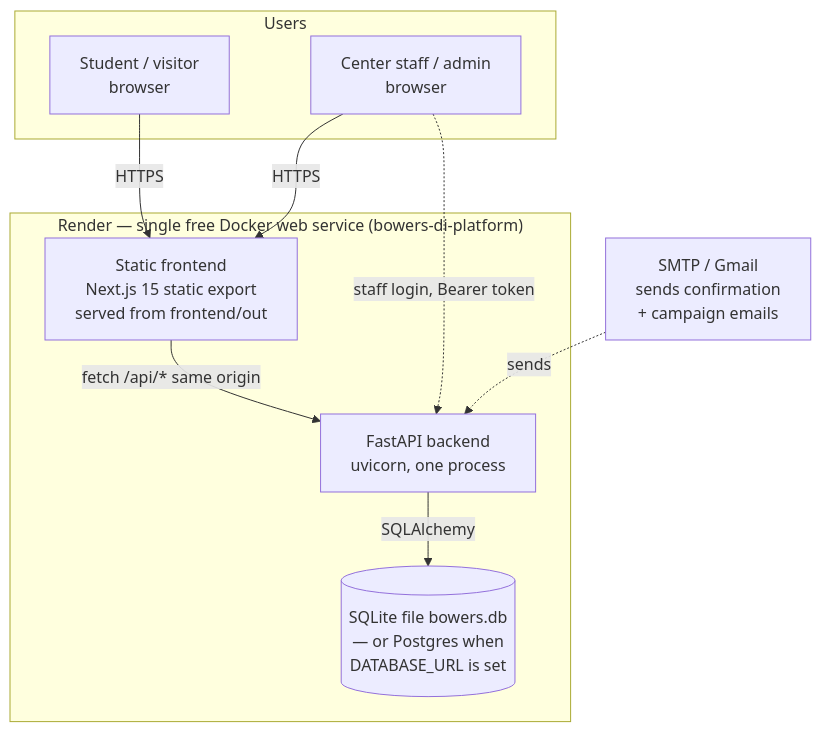
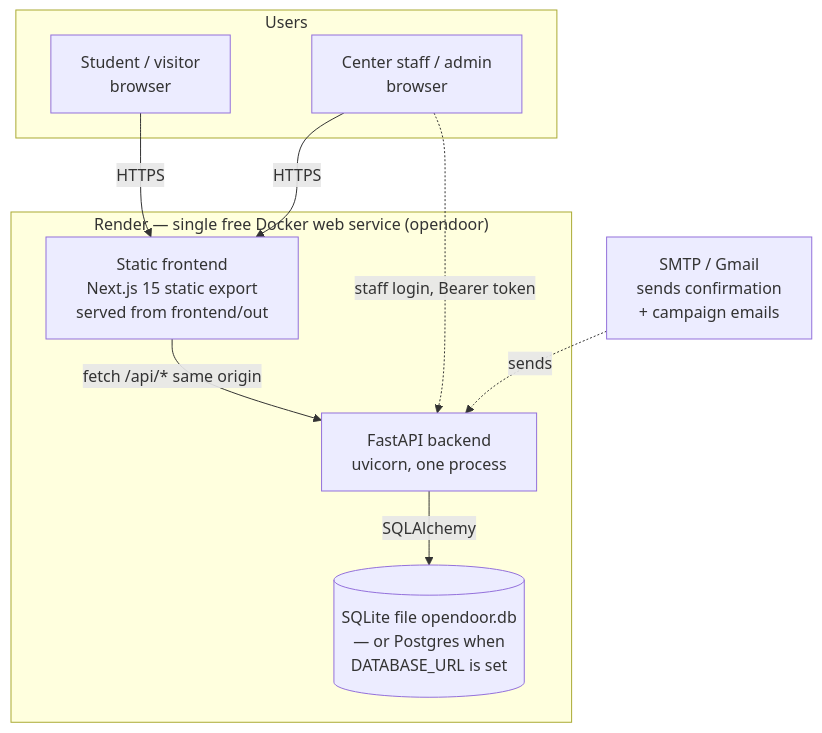
One commit to Jemimahosei/bowers-di-platform changed the diagram in ARCHITECTURE.md. Above: the diagram before and after it, drawn with Mermaid. The commit also changed other lines of this file and 19 other files, not shown here.

````diff
--- a/ARCHITECTURE.md
+++ b/ARCHITECTURE.md
@@ -11,18 +11,18 @@
 ```mermaid
 flowchart TB
     subgraph Users
         S[Student / visitor<br/>browser]
         A[Center staff / admin<br/>browser]
     end
-    subgraph Render["Render — single free Docker web service (bowers-di-platform)"]
+    subgraph Render["Render — single free Docker web service (opendoor)"]
         FE[Static frontend<br/>Next.js 15 static export<br/>served from frontend/out]
         API[FastAPI backend<br/>uvicorn, one process]
-        DB[(SQLite file bowers.db<br/>— or Postgres when<br/>DATABASE_URL is set)]
+        DB[(SQLite file opendoor.db<br/>— or Postgres when<br/>DATABASE_URL is set)]
         FE -->|fetch /api/* same origin| API
         API -->|SQLAlchemy| DB
     end
     S -->|HTTPS| FE
     A -->|HTTPS| FE
     A -.->|staff login, Bearer token| API
     SMTP[SMTP / Gmail<br/>sends confirmation<br/>+ campaign emails] -.->|sends| API
 ```
````
